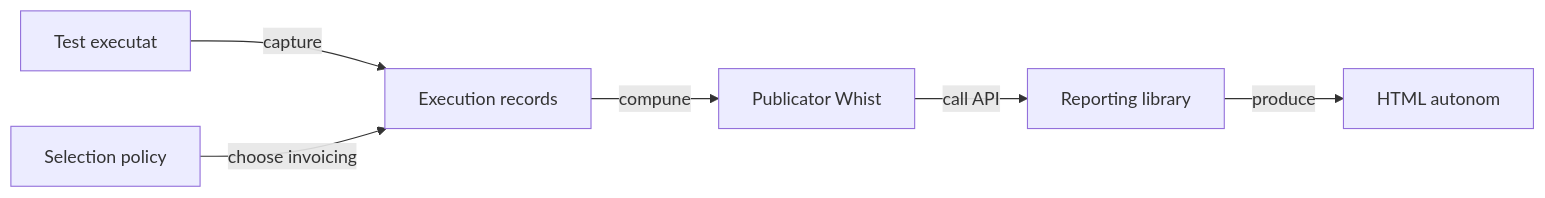
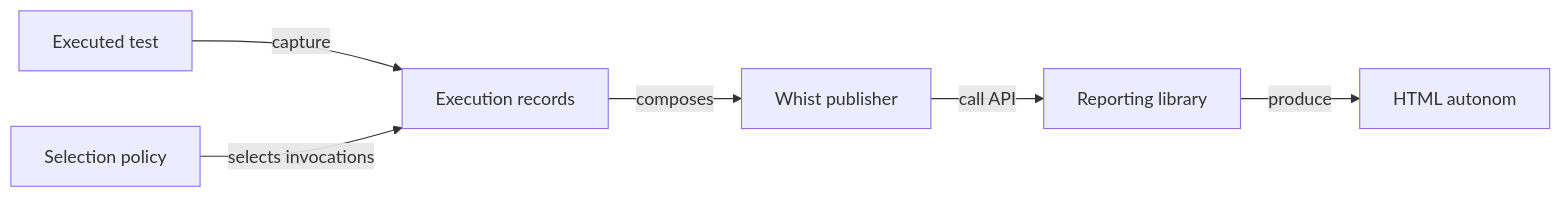
Before and after one commit to crististefanita/atf_j4: the diagram in docs/reporting/README.md, drawn with Mermaid. The commit also changed other lines of this file and 84 other files, not shown here.

````diff
--- a/docs/reporting/README.md
+++ b/docs/reporting/README.md
@@ -9,8 +9,8 @@
 ```mermaid
 flowchart LR
-TEST[Test executat] -->|capture| RECEIPT[Execution records]
-SELECT[Selection policy] -->|choose invoicing| RECEIPT
-RECEIPT -->|compune| CONSUMER[Publicator Whist]
+TEST[Executed test] -->|capture| RECEIPT[Execution records]
+SELECT[Selection policy] -->|selects invocations| RECEIPT
+RECEIPT -->|composes| CONSUMER[Whist publisher]
 CONSUMER -->|call API| LIB[Reporting library]
 LIB -->|produce| HTML[HTML autonom]
 ```
````
